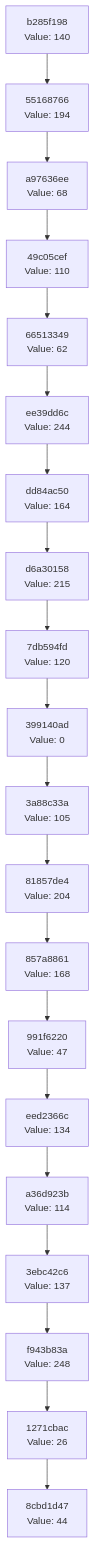
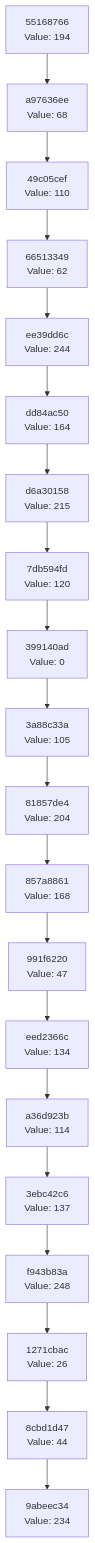
Before and after one commit to Abhisheksinha1506/hash-chain-evolver: the diagram in docs/CHAIN_VISUALIZATION.md, drawn with Mermaid. The commit also changed 2 other files, not shown here.

Commit message:
Evolution step: hash 0xEA → action executed

````diff
--- a/docs/CHAIN_VISUALIZATION.md
+++ b/docs/CHAIN_VISUALIZATION.md
@@ -3,42 +3,42 @@
 ```mermaid
 graph TD
-    C0["8cbd1d47<br/>Value: 44"]
-    C1["1271cbac<br/>Value: 26"]
+    C0["9abeec34<br/>Value: 234"]
+    C1["8cbd1d47<br/>Value: 44"]
     C1 --> C0
-    C2["f943b83a<br/>Value: 248"]
+    C2["1271cbac<br/>Value: 26"]
     C2 --> C1
-    C3["3ebc42c6<br/>Value: 137"]
+    C3["f943b83a<br/>Value: 248"]
     C3 --> C2
-    C4["a36d923b<br/>Value: 114"]
+    C4["3ebc42c6<br/>Value: 137"]
     C4 --> C3
-    C5["eed2366c<br/>Value: 134"]
+    C5["a36d923b<br/>Value: 114"]
     C5 --> C4
-    C6["991f6220<br/>Value: 47"]
+    C6["eed2366c<br/>Value: 134"]
     C6 --> C5
-    C7["857a8861<br/>Value: 168"]
+    C7["991f6220<br/>Value: 47"]
     C7 --> C6
-    C8["81857de4<br/>Value: 204"]
+    C8["857a8861<br/>Value: 168"]
     C8 --> C7
-    C9["3a88c33a<br/>Value: 105"]
+    C9["81857de4<br/>Value: 204"]
     C9 --> C8
-    C10["399140ad<br/>Value: 0"]
+    C10["3a88c33a<br/>Value: 105"]
     C10 --> C9
-    C11["7db594fd<br/>Value: 120"]
+    C11["399140ad<br/>Value: 0"]
     C11 --> C10
-    C12["d6a30158<br/>Value: 215"]
+    C12["7db594fd<br/>Value: 120"]
     C12 --> C11
-    C13["dd84ac50<br/>Value: 164"]
+    C13["d6a30158<br/>Value: 215"]
     C13 --> C12
-    C14["ee39dd6c<br/>Value: 244"]
+    C14["dd84ac50<br/>Value: 164"]
     C14 --> C13
-    C15["66513349<br/>Value: 62"]
+    C15["ee39dd6c<br/>Value: 244"]
     C15 --> C14
-    C16["49c05cef<br/>Value: 110"]
+    C16["66513349<br/>Value: 62"]
     C16 --> C15
-    C17["a97636ee<br/>Value: 68"]
+    C17["49c05cef<br/>Value: 110"]
     C17 --> C16
-    C18["55168766<br/>Value: 194"]
+    C18["a97636ee<br/>Value: 68"]
     C18 --> C17
-    C19["b285f198<br/>Value: 140"]
+    C19["55168766<br/>Value: 194"]
     C19 --> C18
 ```
````
